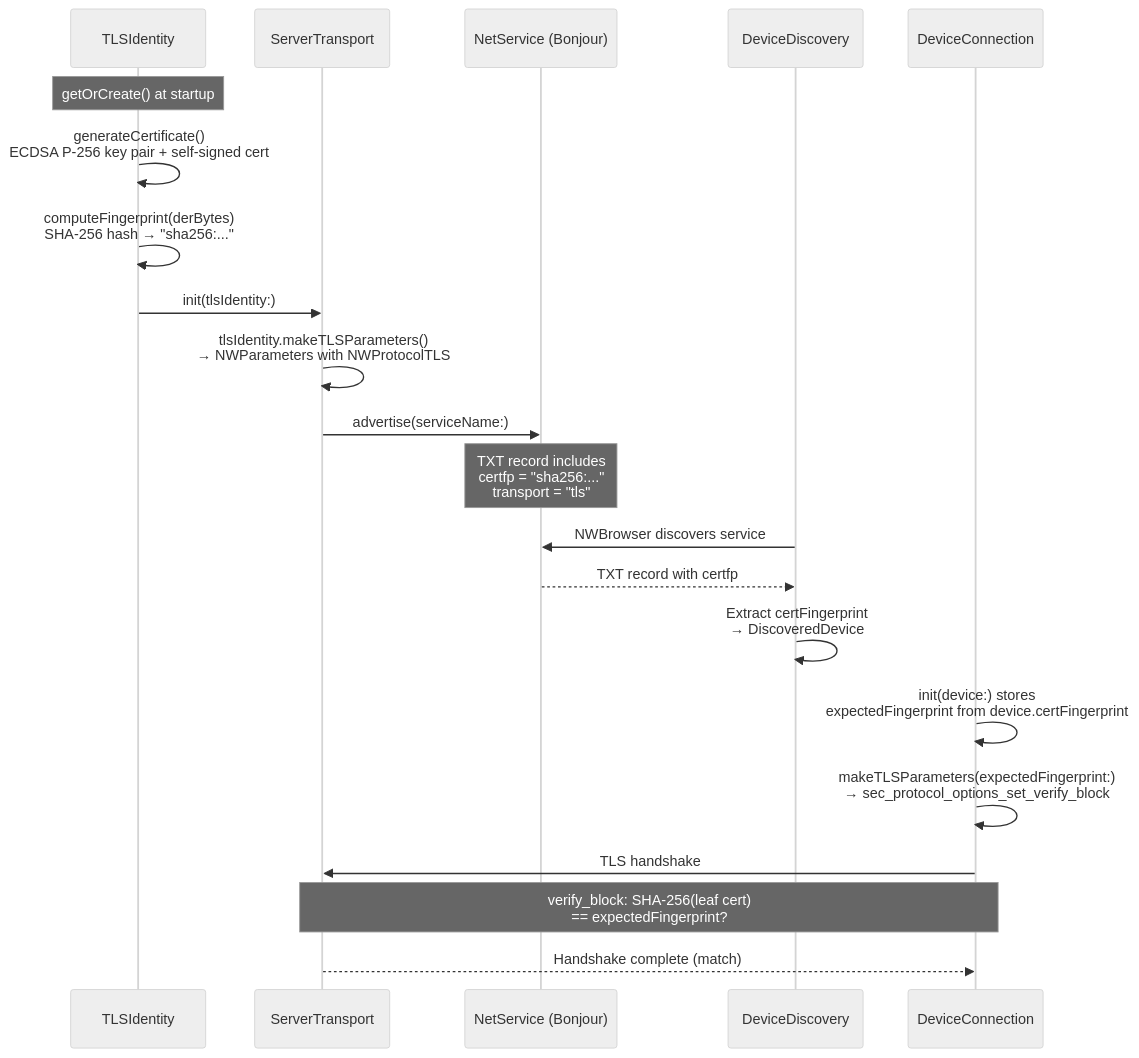
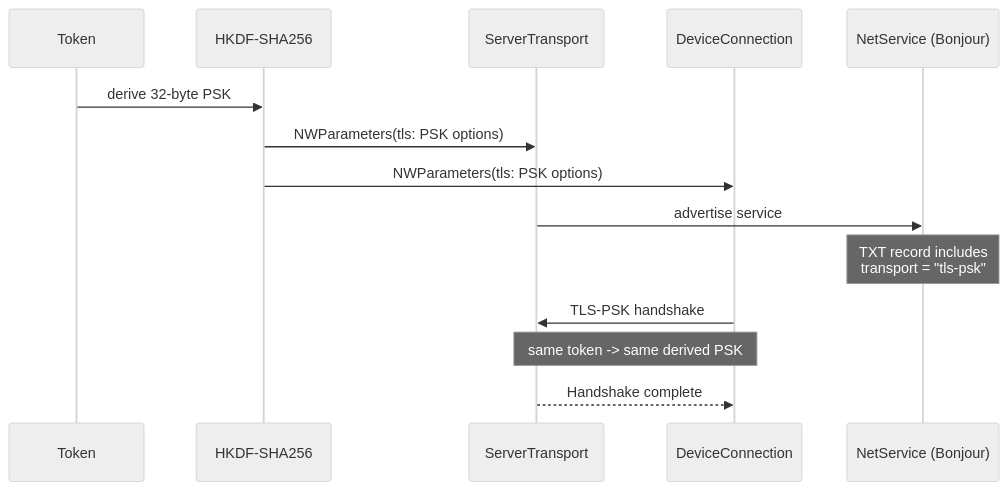
The third of 3 diagrams in docs/AUTH.md (RoyalPineapple/TheButtonHeist), drawn with Mermaid (neutral theme) before and after one commit. The commit also changed other lines of this file and 71 other files, not shown here.

Commit message:
Use token PSK transport for debug server

````diff
--- a/docs/AUTH.md
+++ b/docs/AUTH.md
@@ -287,29 +194,19 @@
 ```mermaid
 sequenceDiagram
-    participant TLS as TLSIdentity
+    participant Token as Token
+    participant PSK as HKDF-SHA256
     participant ST as ServerTransport
+    participant DC as DeviceConnection
     participant NS as NetService (Bonjour)
-    participant DD as DeviceDiscovery
-    participant DC as DeviceConnection
 
-    Note over TLS: getOrCreate() at startup
-    TLS->>TLS: generateCertificate()<br>ECDSA P-256 key pair + self-signed cert
-    TLS->>TLS: computeFingerprint(derBytes)<br>SHA-256 hash → "sha256:..."
+    Token->>PSK: derive 32-byte PSK
+    PSK->>ST: NWParameters(tls: PSK options)
+    PSK->>DC: NWParameters(tls: PSK options)
 
-    TLS->>ST: init(tlsIdentity:)
-    ST->>ST: tlsIdentity.makeTLSParameters()<br>→ NWParameters with NWProtocolTLS
+    ST->>NS: advertise service
+    Note over NS: TXT record includes<br/>transport = "tls-psk"
 
-    ST->>NS: advertise(serviceName:)
-    Note over NS: TXT record includes<br>certfp = "sha256:..."<br>transport = "tls"
-
-    DD->>NS: NWBrowser discovers service
-    NS-->>DD: TXT record with certfp
-    DD->>DD: Extract certFingerprint<br>→ DiscoveredDevice
-
-    DC->>DC: init(device:) stores<br>expectedFingerprint from device.certFingerprint
-    DC->>DC: makeTLSParameters(expectedFingerprint:)<br>→ sec_protocol_options_set_verify_block
-
-    DC->>ST: TLS handshake
-    Note over DC,ST: verify_block: SHA-256(leaf cert)<br>== expectedFingerprint?
-    ST-->>DC: Handshake complete (match)
+    DC->>ST: TLS-PSK handshake
+    Note over DC,ST: same token -> same derived PSK
+    ST-->>DC: Handshake complete
 ```
````
